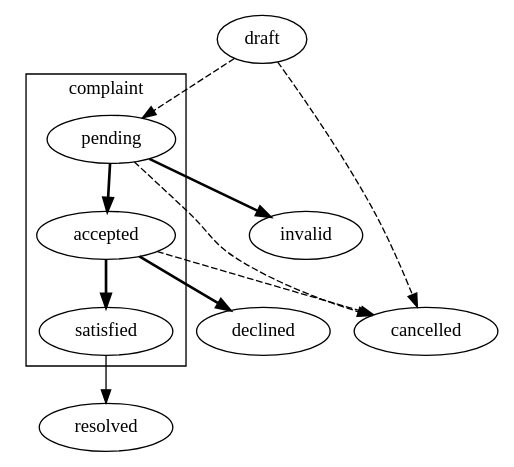
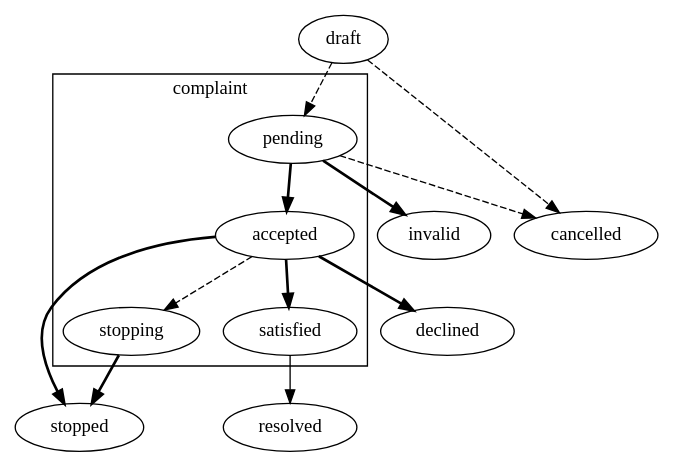
One commit to ProzorroUKR/openprocurement.api changed the second of 2 diagrams in docs/source/complaints.rst. Above: the diagram before and after it, drawn with Graphviz. The commit also changed 1 other file, not shown here.

Commit message:
Added stopping and stopped for tender award complaints

```diff
--- a/docs/source/complaints.rst
+++ b/docs/source/complaints.rst
@@ -53,15 +53,17 @@
 .. graphviz::
 
     digraph G {
         subgraph cluster_complaint {
             label = "complaint";
-            pending; satisfied; accepted;
+            pending; accepted; stopping; satisfied;
         }
         satisfied -> resolved;
         edge[style=dashed];
         draft -> pending;
-        {accepted,draft,pending} -> cancelled; 
+        {draft,pending} -> cancelled; 
+        accepted -> stopping;
         edge[style=bold];
         pending -> {accepted,invalid};
-        accepted -> {declined,satisfied};
+        stopping -> stopped;
+        accepted -> {declined,satisfied,stopped};
     }
```
